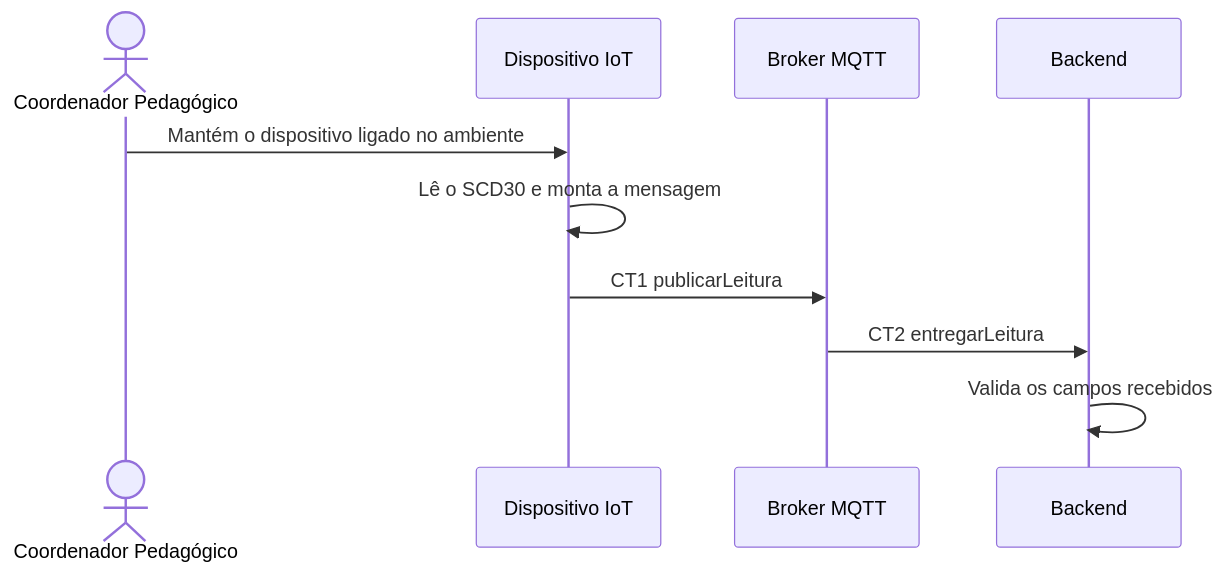
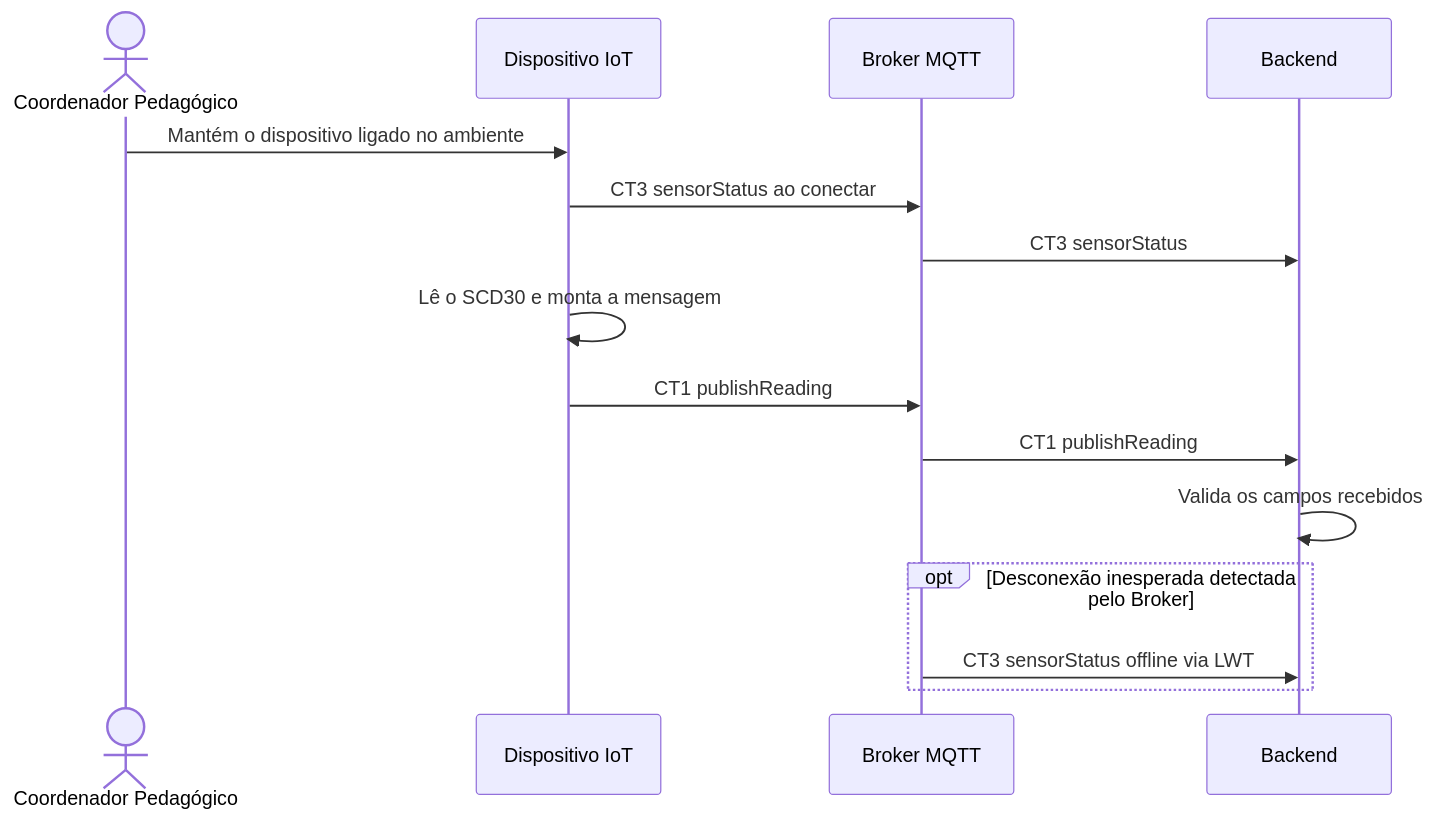
One commit to VitorBergantin/pi4-0102-g9 changed the diagram in docs/fluxos/E1-leitura-da-qualidade-do-ar.md. Above: the diagram before and after it, drawn with Mermaid. The commit also changed other lines of this file and 6 other files, not shown here.

````diff
--- a/docs/fluxos/E1-leitura-da-qualidade-do-ar.md
+++ b/docs/fluxos/E1-leitura-da-qualidade-do-ar.md
@@ -16,12 +18,17 @@
 ```mermaid
 sequenceDiagram
     actor Coordenador as Coordenador Pedagógico
     participant IoT as Dispositivo IoT
     participant Broker as Broker MQTT
     participant Backend
     Coordenador->>IoT: Mantém o dispositivo ligado no ambiente
+    IoT->>Broker: CT3 sensorStatus ao conectar
+    Broker->>Backend: CT3 sensorStatus
     IoT->>IoT: Lê o SCD30 e monta a mensagem
-    IoT->>Broker: CT1 publicarLeitura
-    Broker->>Backend: CT2 entregarLeitura
+    IoT->>Broker: CT1 publishReading
+    Broker->>Backend: CT1 publishReading
     Backend->>Backend: Valida os campos recebidos
+    opt Desconexão inesperada detectada pelo Broker
+        Broker->>Backend: CT3 sensorStatus offline via LWT
+    end
 ```
````
